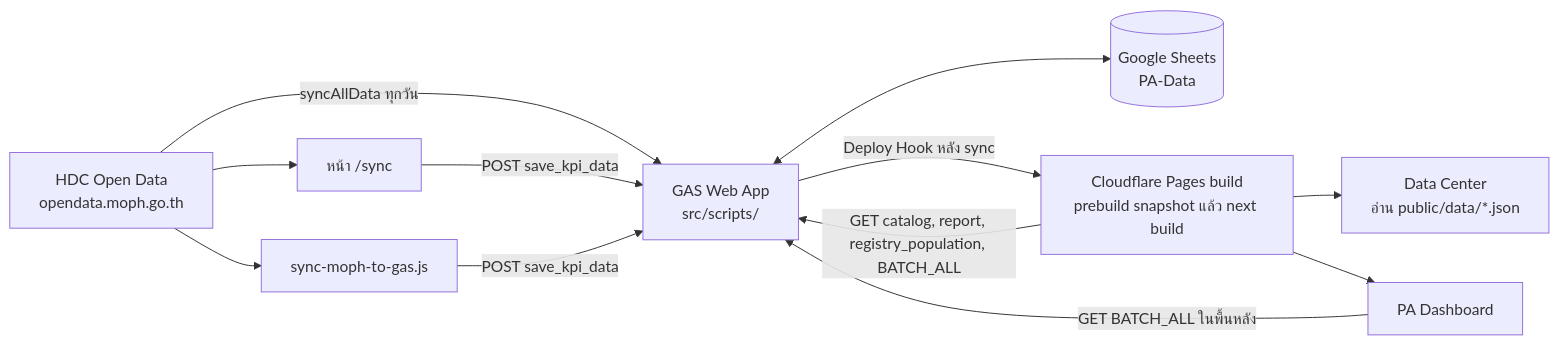
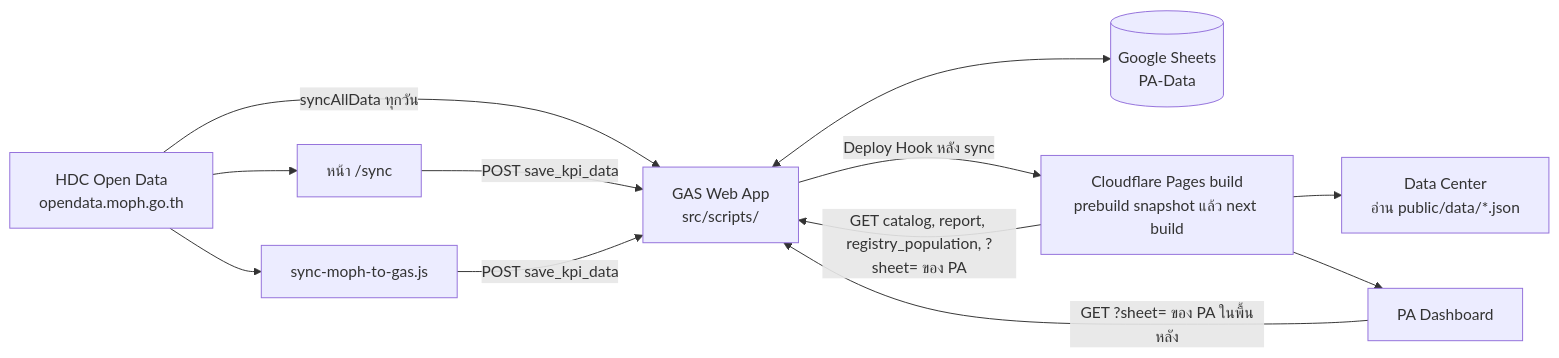
One commit to 9GotStory/pa-dashboard changed the diagram in README.md. Above: the diagram before and after it, drawn with Mermaid. The commit also changed 1 other file, not shown here.

Commit message:
fix: F83 review: ?cat= synced to the URL by one effect as before, stale comment, README labels
The tab writes the URL from an effect again, as page.tsx did, guarded to
run only when the URL differs, so hydration keeps ?cat= and an unknown
?cat= is still dropped. The note on early returns went with them. The
README diagram names PA's ?sheet= GETs, not BATCH_ALL alone.

````diff
--- a/README.md
+++ b/README.md
@@ -21,20 +21,20 @@
 ```mermaid
 flowchart LR
   MOPH["HDC Open Data<br/>opendata.moph.go.th"]
   PAGE["หน้า /sync"]
   NODE["sync-moph-to-gas.js"]
   GAS["GAS Web App<br/>src/scripts/"]
   SHEETS[("Google Sheets<br/>PA-Data")]
   PA["PA Dashboard"]
   BUILD["Cloudflare Pages build<br/>prebuild snapshot แล้ว next build"]
   DC["Data Center<br/>อ่าน public/data/*.json"]
 
   MOPH -->|"syncAllData ทุกวัน"| GAS
   MOPH --> PAGE & NODE
   PAGE & NODE -->|"POST save_kpi_data"| GAS
   GAS <--> SHEETS
-  PA -->|"GET BATCH_ALL ในพื้นหลัง"| GAS
+  PA -->|"GET ?sheet= ของ PA ในพื้นหลัง"| GAS
   GAS -->|"Deploy Hook หลัง sync"| BUILD
-  BUILD -->|"GET catalog, report, registry_population, BATCH_ALL"| GAS
+  BUILD -->|"GET catalog, report, registry_population, ?sheet= ของ PA"| GAS
   BUILD --> DC & PA
 ```
````
